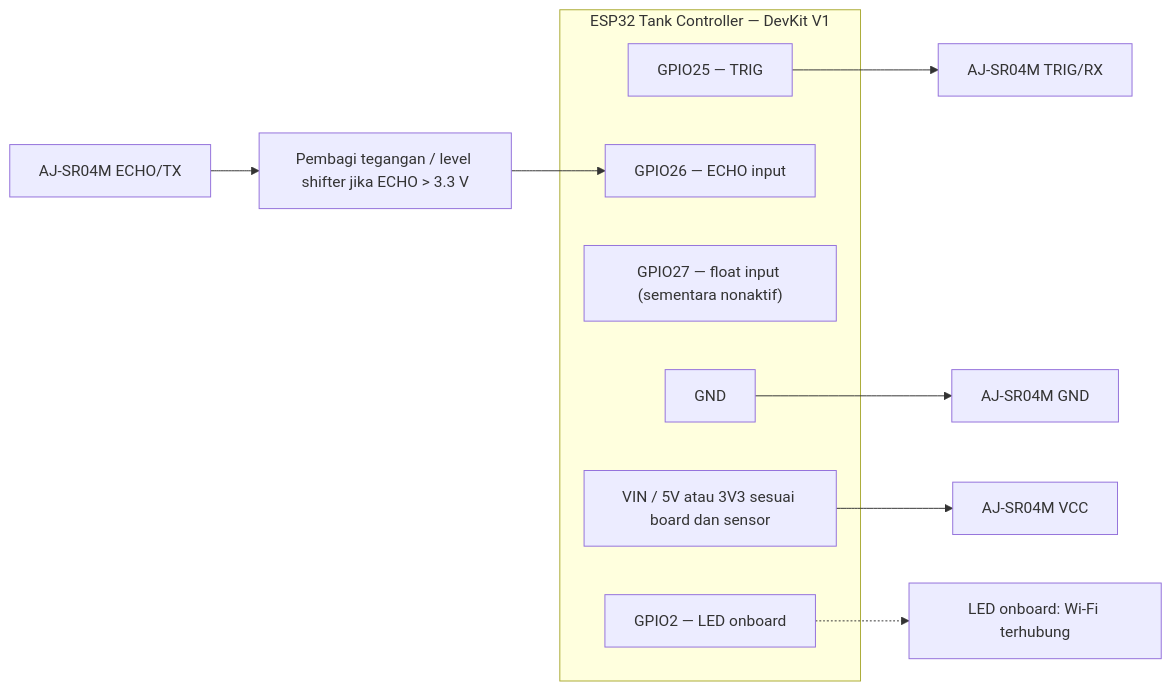
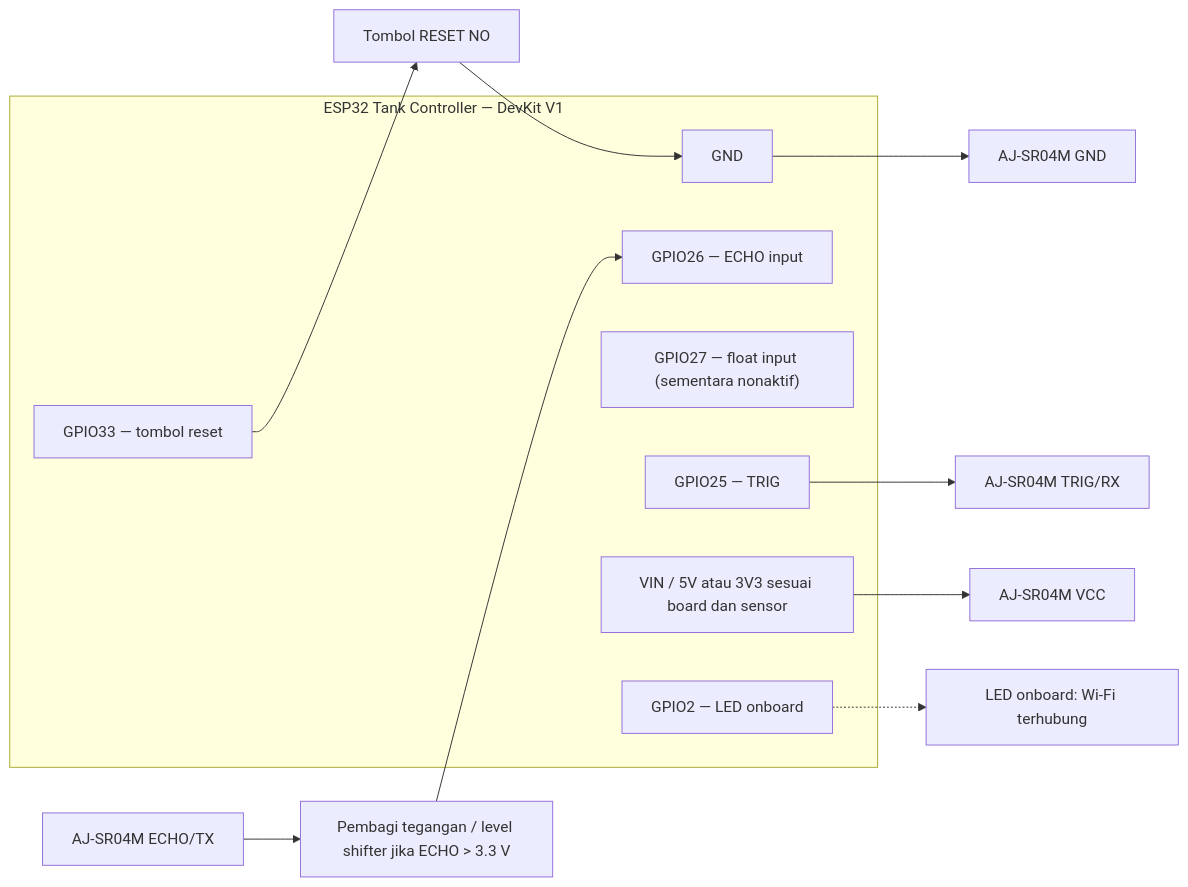
The third of 4 diagrams in wiring-diagram-water-pump.md (Gungwahada1/water-pump-automation-v2.2), drawn with Mermaid before and after one commit. The commit also changed other lines of this file and 10 other files, not shown here.

````diff
--- a/wiring-diagram-water-pump.md
+++ b/wiring-diagram-water-pump.md
@@ -68,18 +72,21 @@
 ```mermaid
 flowchart LR
   subgraph TC["ESP32 Tank Controller — DevKit V1"]
     T25["GPIO25 — TRIG"]
     T26["GPIO26 — ECHO input"]
     T27["GPIO27 — float input (sementara nonaktif)"]
+    T33["GPIO33 — tombol reset"]
     TG["GND"]
     TV["VIN / 5V atau 3V3 sesuai board dan sensor"]
     T2["GPIO2 — LED onboard"]
   end
 
   T25 --> TRIG["AJ-SR04M TRIG/RX"]
+  T33 --> TRESET["Tombol RESET NO"]
+  TRESET --> TG
   ECHO["AJ-SR04M ECHO/TX"] --> DIV["Pembagi tegangan / level shifter jika ECHO > 3.3 V"]
   DIV --> T26
   TV --> VCC["AJ-SR04M VCC"]
   TG --> SG["AJ-SR04M GND"]
   T2 -.-> LED2["LED onboard: Wi-Fi terhubung"]
 ```
````
